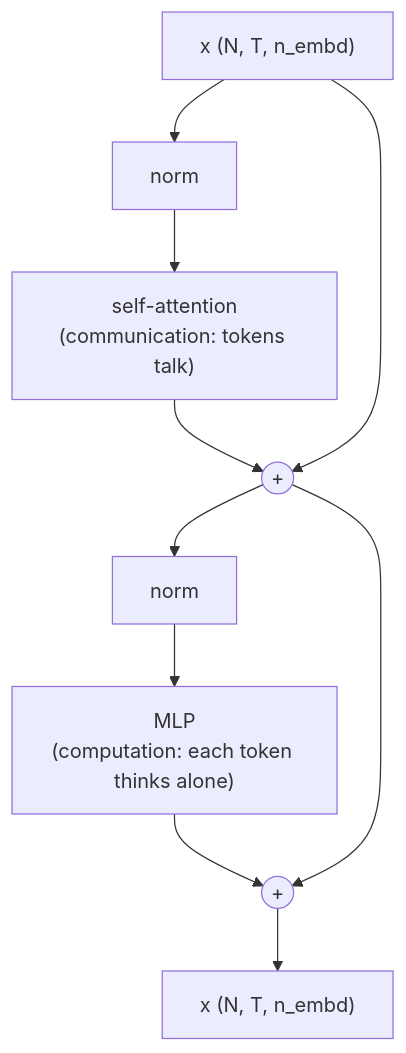
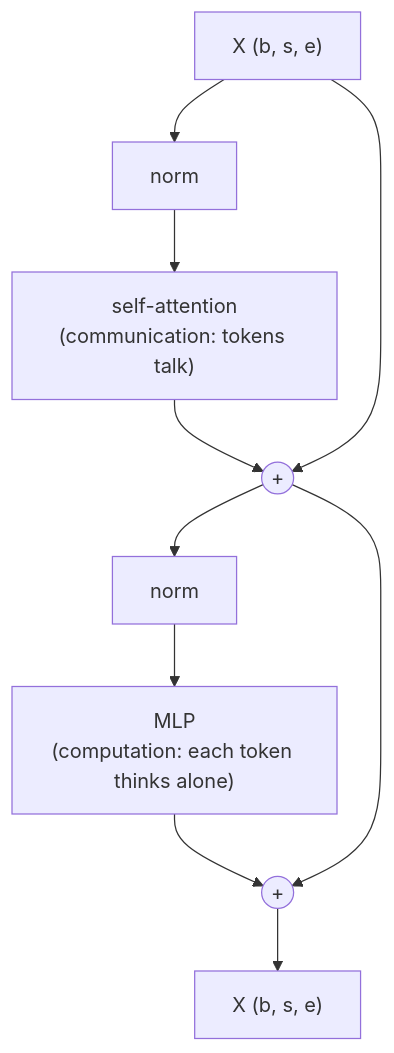
Before and after one commit to benisalla/tiny-dlms: the second of 2 diagrams in docs/03-encoder.md, drawn with Mermaid. The commit also changed other lines of this file and 22 other files, not shown here.

````diff
--- a/docs/03-encoder.md
+++ b/docs/03-encoder.md
@@ -33,10 +33,10 @@
 ```mermaid
 flowchart TB
-    X["x (N, T, n_embd)"] --> N1["norm"] --> ATT["self-attention<br/>(communication: tokens talk)"]
+    X["X (b, s, e)"] --> N1["norm"] --> ATT["self-attention<br/>(communication: tokens talk)"]
     ATT --> ADD1(("+"))
     X --> ADD1
     ADD1 --> N2["norm"] --> MLP["MLP<br/>(computation: each token thinks alone)"]
     MLP --> ADD2(("+"))
     ADD1 --> ADD2
-    ADD2 --> Y["x (N, T, n_embd)"]
+    ADD2 --> Y["X (b, s, e)"]
 ```
````
